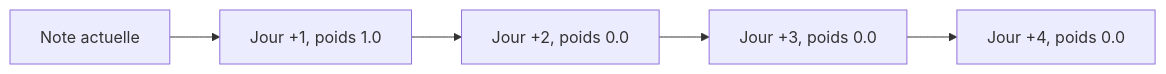
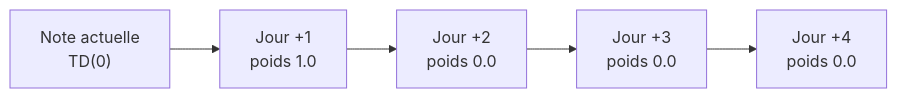
The first of 6 diagrams in 02-apprentissage-par-renforcement/P16-Pratique 2 de révision du deuxieme quart du cours/PRATIQUE9/02.md (haythem-rehouma/G1266), drawn with Mermaid before and after one commit. The commit also changed other lines of this file, not shown here.

````diff
--- a/02-apprentissage-par-renforcement/P16-Pratique 2 de révision du deuxieme quart du cours/PRATIQUE9/02.md
+++ b/02-apprentissage-par-renforcement/P16-Pratique 2 de révision du deuxieme quart du cours/PRATIQUE9/02.md
@@ -5,7 +5,7 @@
 ```mermaid
 flowchart LR
-    A[Note actuelle] --> J1[Jour +1, poids 1.0]
-    J1 --> J2[Jour +2, poids 0.0]
-    J2 --> J3[Jour +3, poids 0.0]
-    J3 --> J4[Jour +4, poids 0.0]
+    A["Note actuelle<br>TD(0)"] --> J1["Jour +1<br>poids 1.0"]
+    J1 --> J2["Jour +2<br>poids 0.0"]
+    J2 --> J3["Jour +3<br>poids 0.0"]
+    J3 --> J4["Jour +4<br>poids 0.0"]
 ```
````
